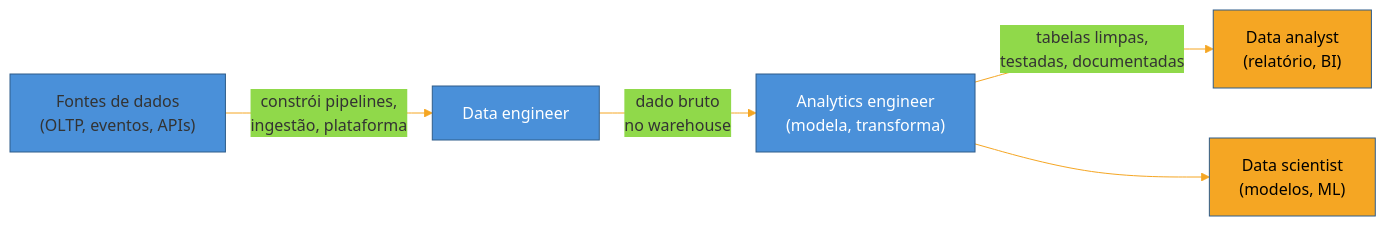
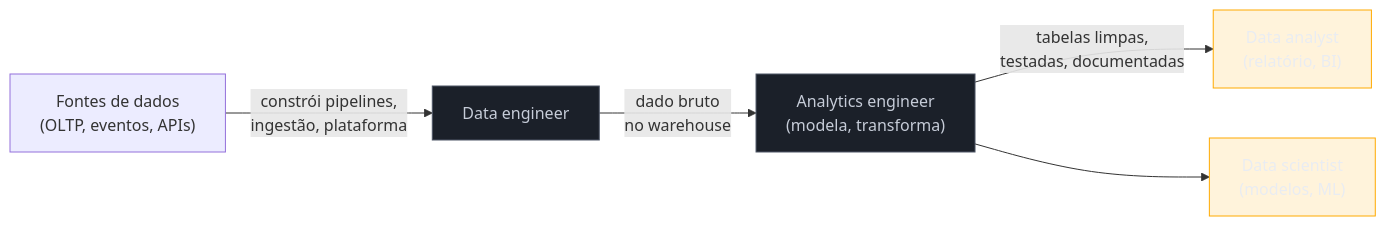
One commit to josenaldo/codex-technomanticus changed the second of 2 diagrams in 03-Dominios/Engenharia/Dados/1 - Fundamentos de engenharia de dados/01 - O que é engenharia de dados.md. Above: the diagram before and after it, drawn with Mermaid. The commit also changed other lines of this file and 1181 other files, not shown here.

First line of the commit message:
fix(diagramas): paleta do sistema no lugar de cor cravada no markdown

````diff
--- a/03-Dominios/Engenharia/Dados/1 - Fundamentos de engenharia de dados/01 - O que é engenharia de dados.md
+++ b/03-Dominios/Engenharia/Dados/1 - Fundamentos de engenharia de dados/01 - O que é engenharia de dados.md
@@ -208,13 +209,14 @@
 ```mermaid
-%%{init: {"theme": "base", "themeVariables": {"primaryColor": "#4A90D9", "primaryBorderColor": "#2E5C8A", "lineColor": "#F5A623"}}}%%
 graph LR
+    classDef neutro fill:#1B2029,stroke:#4E5666,color:#C6CCD8
+    classDef destaque fill:#FFAA0024,stroke:#FFAA00,color:#E9ECF2
     F["Fontes de dados<br/>(OLTP, eventos, APIs)"] -->|"constrói pipelines,<br/>ingestão, plataforma"| DE["Data engineer"]
     DE -->|"dado bruto<br/>no warehouse"| AE["Analytics engineer<br/>(modela, transforma)"]
     AE -->|"tabelas limpas,<br/>testadas, documentadas"| DA["Data analyst<br/>(relatório, BI)"]
     AE --> DS["Data scientist<br/>(modelos, ML)"]
 
-    style DE fill:#4A90D9,color:#fff
-    style AE fill:#4A90D9,color:#fff
-    style DA fill:#F5A623,color:#000
-    style DS fill:#F5A623,color:#000
+    class DE neutro
+    class AE neutro
+    class DA destaque
+    class DS destaque
 ```
````
